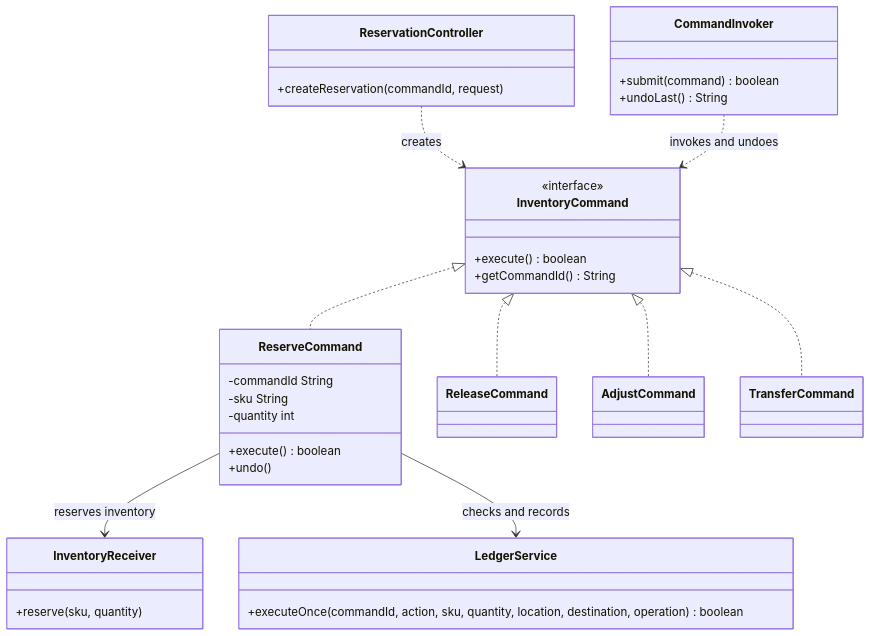
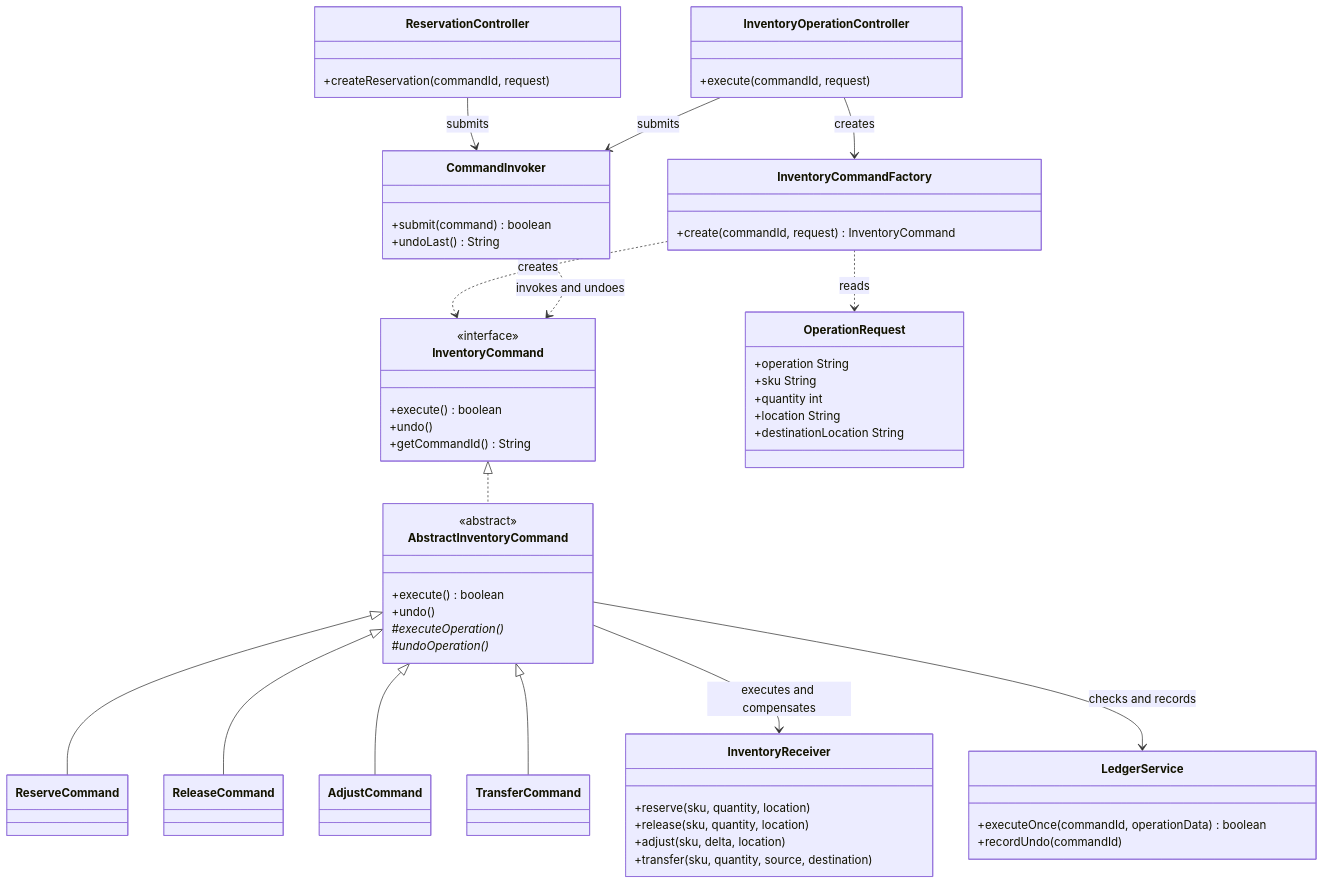
One commit to crazylilypad0801/actividadenclase changed the diagram in logistpulse-command-pattern/README.md. Above: the diagram before and after it, drawn with Mermaid. The commit also changed 1 other file, not shown here.

Commit message:
Generar otros diagramas mermaid

````diff
--- a/logistpulse-command-pattern/README.md
+++ b/logistpulse-command-pattern/README.md
@@ -28,40 +28,64 @@
 ```mermaid
 classDiagram
     class ReservationController {
         +createReservation(commandId, request)
     }
+    class InventoryOperationController {
+        +execute(commandId, request)
+    }
     class InventoryCommand {
         <<interface>>
         +execute() boolean
+        +undo()
         +getCommandId() String
     }
-    class ReserveCommand {
-        -commandId String
-        -sku String
-        -quantity int
+    class AbstractInventoryCommand {
+        <<abstract>>
         +execute() boolean
         +undo()
+        #executeOperation()*
+        #undoOperation()*
     }
     class ReleaseCommand
     class AdjustCommand
     class TransferCommand
+    class ReserveCommand
     class CommandInvoker {
         +submit(command) boolean
         +undoLast() String
     }
+    class InventoryCommandFactory {
+        +create(commandId, request) InventoryCommand
+    }
+    class OperationRequest {
+        +operation String
+        +sku String
+        +quantity int
+        +location String
+        +destinationLocation String
+    }
     class InventoryReceiver {
-        +reserve(sku, quantity)
+        +reserve(sku, quantity, location)
+        +release(sku, quantity, location)
+        +adjust(sku, delta, location)
+        +transfer(sku, quantity, source, destination)
     }
     class LedgerService {
-        +executeOnce(commandId, action, sku, quantity, location, destination, operation) boolean
+        +executeOnce(commandId, operationData) boolean
+        +recordUndo(commandId)
     }
 
-    InventoryCommand <|.. ReserveCommand
-    InventoryCommand <|.. ReleaseCommand
-    InventoryCommand <|.. AdjustCommand
-    InventoryCommand <|.. TransferCommand
-    ReservationController ..> InventoryCommand : creates
+    InventoryCommand <|.. AbstractInventoryCommand
+    AbstractInventoryCommand <|-- ReserveCommand
+    AbstractInventoryCommand <|-- ReleaseCommand
+    AbstractInventoryCommand <|-- AdjustCommand
+    AbstractInventoryCommand <|-- TransferCommand
+    ReservationController --> CommandInvoker : submits
+    InventoryOperationController --> InventoryCommandFactory : creates
+    InventoryOperationController --> CommandInvoker : submits
+    InventoryCommandFactory ..> OperationRequest : reads
+    InventoryCommandFactory ..> InventoryCommand : creates
     CommandInvoker ..> InventoryCommand : invokes and undoes
-    ReserveCommand --> InventoryReceiver : reserves inventory
-    ReserveCommand --> LedgerService : checks and records
+    AbstractInventoryCommand --> InventoryReceiver : executes and compensates
+    AbstractInventoryCommand --> LedgerService : checks and records
 ```
````
